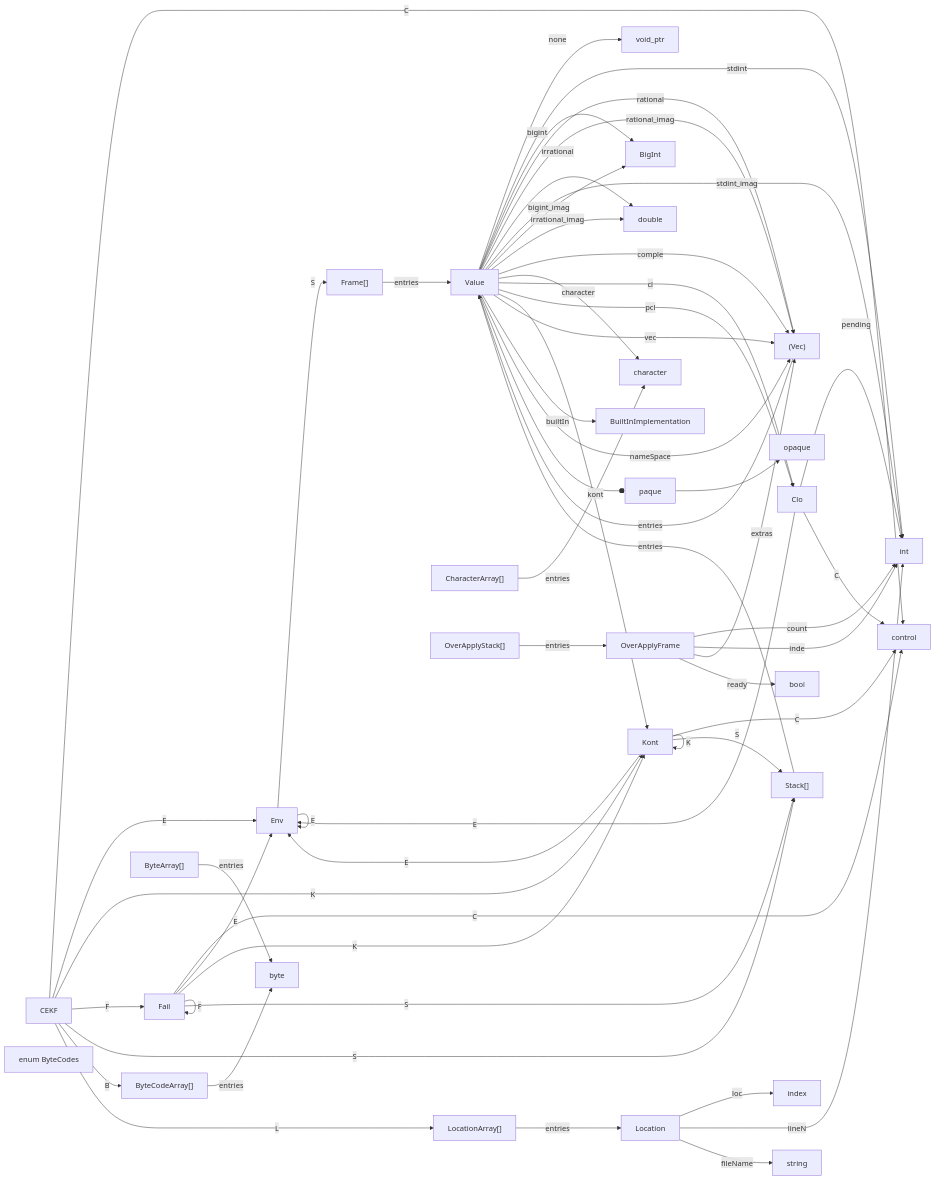
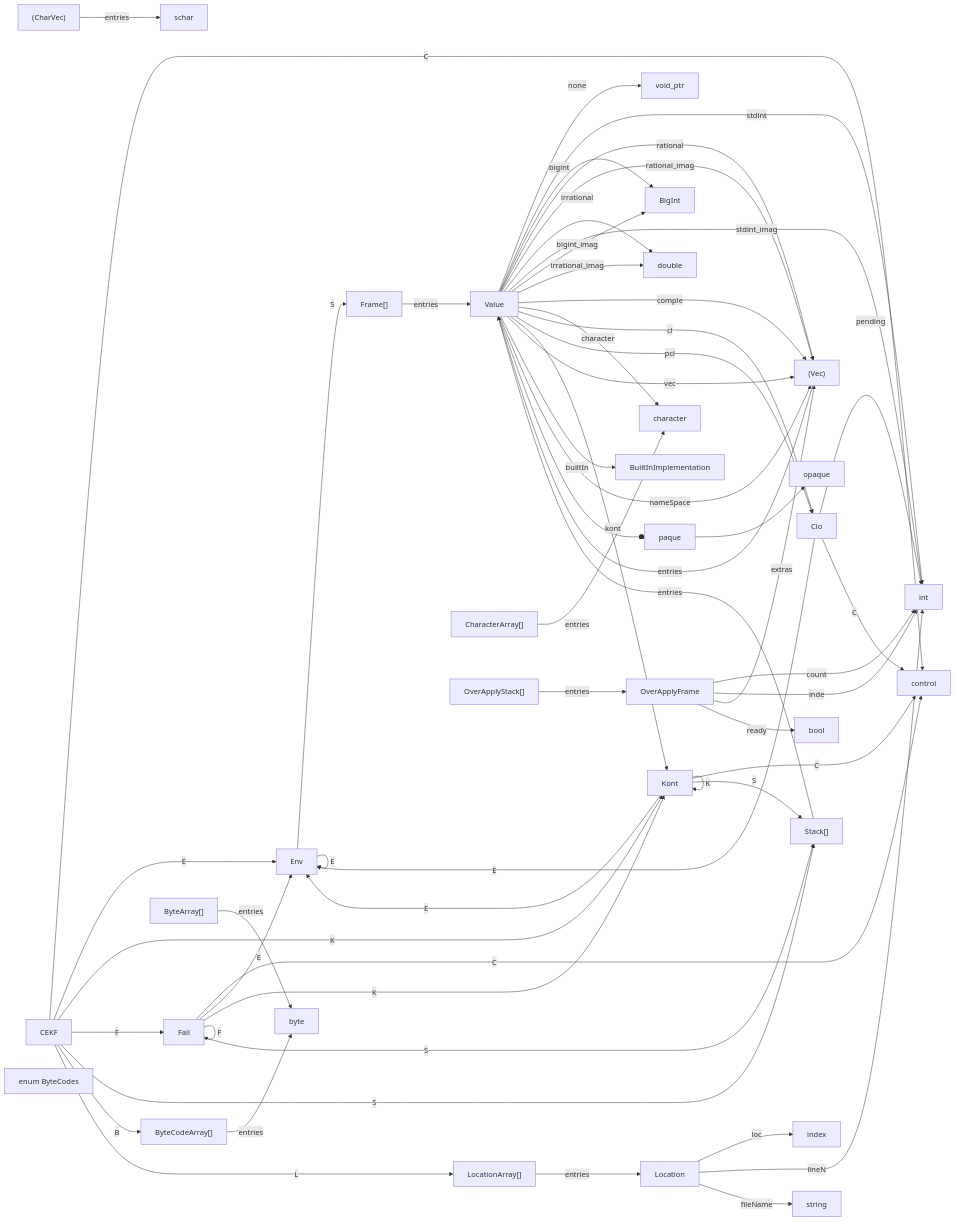
The diagram in docs/generated/cekfs.md (billhails/CEKF), drawn with Mermaid before and after one commit. The commit also changed 6 other files, not shown here.

Commit message:
replaced naiive array of utf8 char with memory-managed CharVec

````diff
--- a/docs/generated/cekfs.md
+++ b/docs/generated/cekfs.md
@@ -5,58 +5,59 @@
 ```mermaid
 flowchart LR
 CEKF --C--> control
 CEKF --E--> Env
 CEKF --K--> Kont
 CEKF --F--> Fail
 CEKF --S--> Stack
 CEKF --B--> ByteCodeArray
 CEKF --L--> LocationArray
 OverApplyFrame --count--> int
 OverApplyFrame --index--> int
 OverApplyFrame --extras--> Vec
 OverApplyFrame --ready--> bool
 Env --S--> Frame
 Env --E--> Env
 Kont --C--> control
 Kont --E--> Env
 Kont --S--> Stack
 Kont --K--> Kont
 Clo --pending--> int
 Clo --C--> control
 Clo --E--> Env
 Fail --C--> control
 Fail --E--> Env
 Fail --K--> Kont
 Fail --S--> Stack
 Fail --F--> Fail
 Location --loc--> index
 Location --lineNo--> int
 Location --fileName--> string
 Vec["(Vec)"] --entries--> Value
+CharVec["(CharVec)"] --entries--> schar
 Value --none--> void_ptr
 Value --stdint--> int
 Value --bigint--> BigInt
 Value --rational--> Vec
 Value --rational_imag--> Vec
 Value --irrational--> double
 Value --stdint_imag--> int
 Value --bigint_imag--> BigInt
 Value --irrational_imag--> double
 Value --complex--> Vec
 Value --character--> character
 Value --clo--> Clo
 Value --pclo--> Clo
 Value --kont--> Kont
 Value --vec--> Vec
 Value --builtIn--> BuiltInImplementation
 Value --nameSpace--> Vec
 Value --opaque--> opaque
 ByteCodeArray["ByteCodeArray[]"] --entries--> byte
 Stack["Stack[]"] --entries--> Value
 ByteCodes["enum ByteCodes"]
 CharacterArray["CharacterArray[]"] --entries--> character
 ByteArray["ByteArray[]"] --entries--> byte
 Frame["Frame[]"] --entries--> Value
 LocationArray["LocationArray[]"] --entries--> Location
 OverApplyStack["OverApplyStack[]"] --entries--> OverApplyFrame
 ```
````
